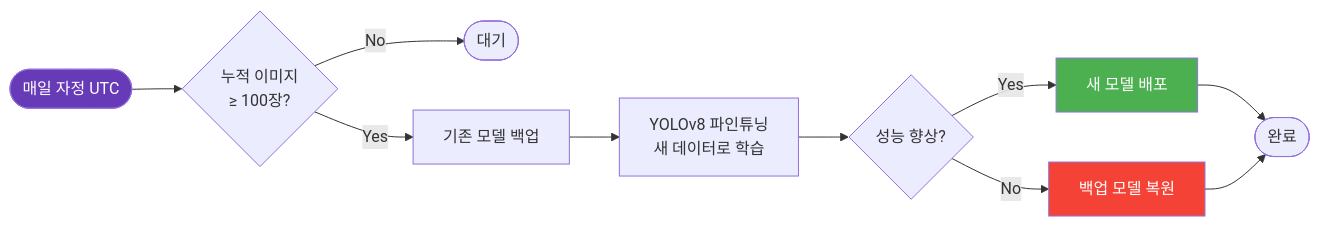
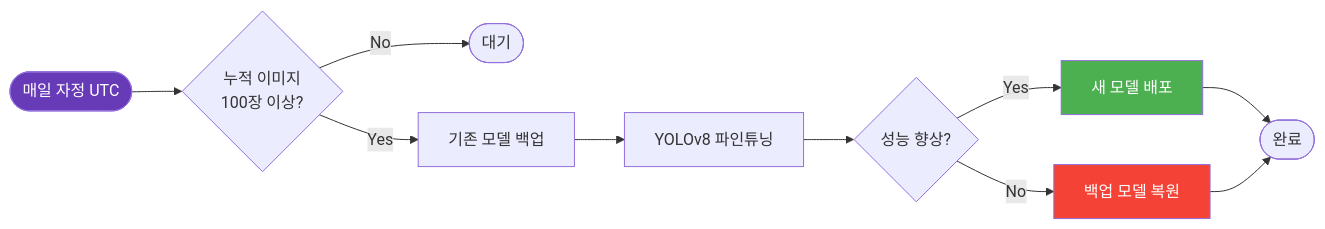
Before and after one commit to 2101070-LJI/pothole-detection-system: the fourth of 5 diagrams in README.md, drawn with Mermaid. The commit also changed other lines of this file and 29 other files, not shown here.

First line of the commit message:
Clean up md files and fix mermaid diagrams

````diff
--- a/README.md
+++ b/README.md
@@ -156,16 +150,16 @@
 ```mermaid
 flowchart LR
-    A([매일 자정 UTC]) --> B{누적 이미지\n≥ 100장?}
+    A([매일 자정 UTC]) --> B{"누적 이미지\n100장 이상?"}
     B -->|No| C([대기])
     B -->|Yes| D[기존 모델 백업]
-    D --> E[YOLOv8 파인튜닝\n새 데이터로 학습]
+    D --> E[YOLOv8 파인튜닝]
     E --> F{성능 향상?}
     F -->|Yes| G[새 모델 배포]
     F -->|No| H[백업 모델 복원]
     G --> I([완료])
     H --> I
 
     style A fill:#673AB7,color:#fff
     style G fill:#4CAF50,color:#fff
     style H fill:#f44336,color:#fff
 ```
````
